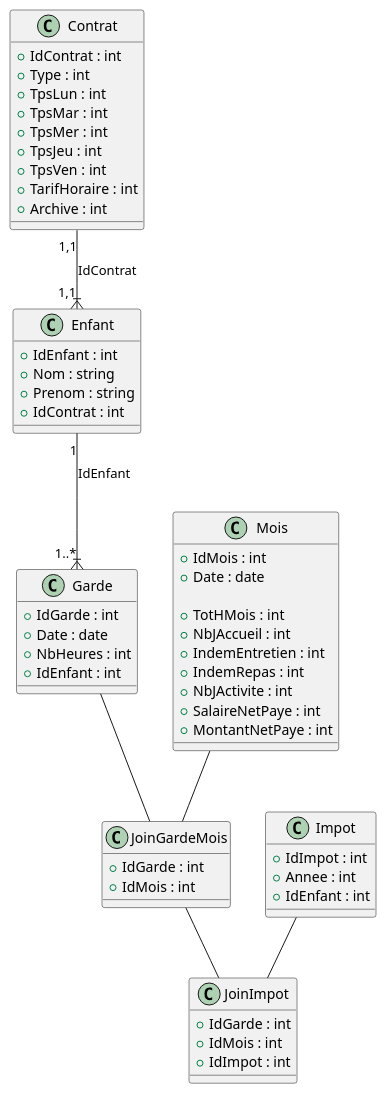
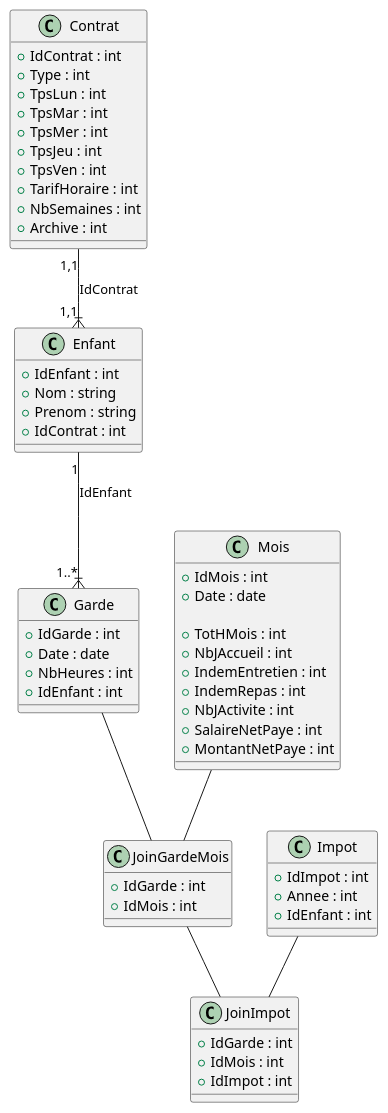
The diagram in diagramme.puml (CedrineJolly/App1), drawn with PlantUML before and after one commit. The commit also changed 7 other files, not shown here.

```diff
--- a/diagramme.puml
+++ b/diagramme.puml
@@ -1,75 +1,76 @@
 @startuml
 class Contrat 
 {
     + IdContrat : int
     + Type : int
     + TpsLun : int
     + TpsMar : int
     + TpsMer : int
     + TpsJeu : int
     + TpsVen : int
     + TarifHoraire : int
+    + NbSemaines : int
     + Archive : int
 }
 
 class Enfant
 {
     + IdEnfant : int
     + Nom : string
     + Prenom : string
     + IdContrat : int
 }
 Contrat "1,1"--|{"1,1" Enfant : IdContrat
 
 class Mois 
 {
     + IdMois : int
     + Date : date
 
     + TotHMois : int
     + NbJAccueil : int
     + IndemEntretien : int
     + IndemRepas : int
     + NbJActivite : int
     + SalaireNetPaye : int
     + MontantNetPaye : int
 
 }
 
 class Garde
 {
     + IdGarde : int
     + Date : date 
     + NbHeures : int
     + IdEnfant : int
 }
 
 Enfant "1" --|{ "1..*" Garde : IdEnfant
 
 class JoinGardeMois
 {
     + IdGarde : int
     + IdMois : int
 }
 
 Garde -- JoinGardeMois
 Mois -- JoinGardeMois
 
 class Impot
 {
     + IdImpot : int
     + Annee : int
     + IdEnfant : int
 }
 
 class JoinImpot
 {
     + IdGarde : int
     + IdMois : int
     + IdImpot : int
 }
 
 Impot -- JoinImpot
 JoinGardeMois -- JoinImpot
 
 @enduml
```
